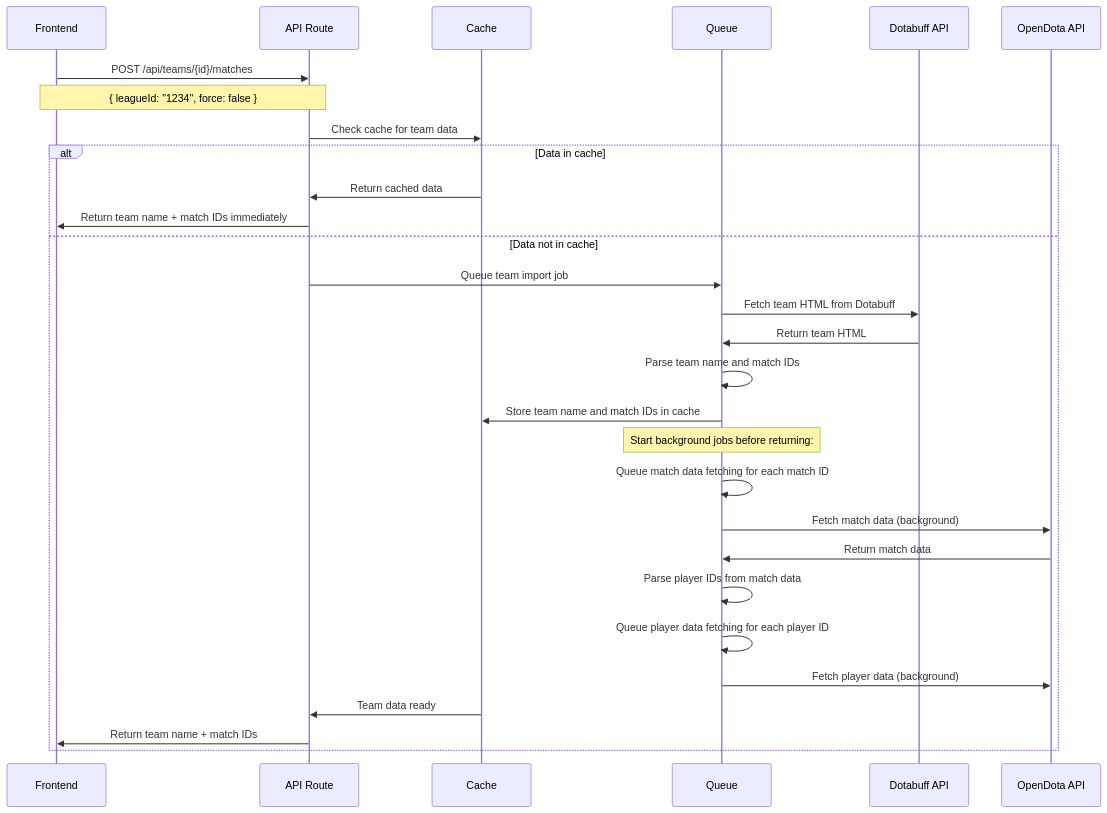
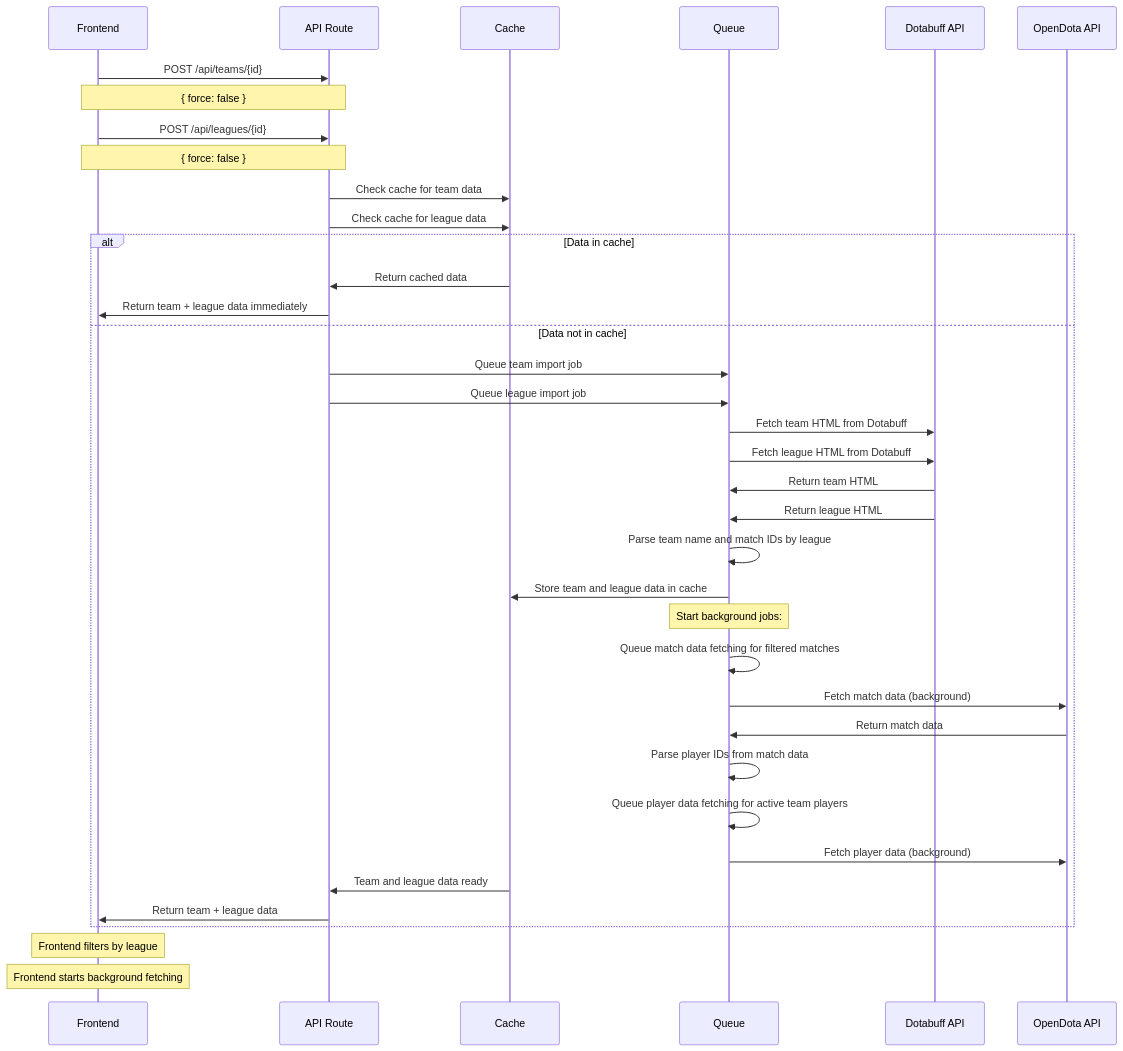
The second of 4 diagrams in docs/architecture.md (szarroug3/dota-data), drawn with Mermaid before and after one commit. The commit also changed other lines of this file and 341 other files, not shown here.

````diff
--- a/docs/architecture.md
+++ b/docs/architecture.md
@@ -81,36 +107,46 @@
 ```mermaid
 sequenceDiagram
     participant F as Frontend
     participant A as API Route
     participant C as Cache
     participant Q as Queue
     participant D as Dotabuff API
     participant O as OpenDota API
     
-    F->>A: POST /api/teams/{id}/matches
-    Note over F,A: { leagueId: "1234", force: false }
+    F->>A: POST /api/teams/{id}
+    Note over F,A: { force: false }
+    
+    F->>A: POST /api/leagues/{id}
+    Note over F,A: { force: false }
     
     A->>C: Check cache for team data
+    A->>C: Check cache for league data
     
     alt Data in cache
         C->>A: Return cached data
-        A->>F: Return team name + match IDs immediately
+        A->>F: Return team + league data immediately
     else Data not in cache
         A->>Q: Queue team import job
+        A->>Q: Queue league import job
         Q->>D: Fetch team HTML from Dotabuff
+        Q->>D: Fetch league HTML from Dotabuff
         D->>Q: Return team HTML
-        Q->>Q: Parse team name and match IDs
-        Q->>C: Store team name and match IDs in cache
+        D->>Q: Return league HTML
+        Q->>Q: Parse team name and match IDs by league
+        Q->>C: Store team and league data in cache
         
-        Note over Q: Start background jobs before returning:
-        Q->>Q: Queue match data fetching for each match ID
+        Note over Q: Start background jobs:
+        Q->>Q: Queue match data fetching for filtered matches
         Q->>O: Fetch match data (background)
         O->>Q: Return match data
         Q->>Q: Parse player IDs from match data
-        Q->>Q: Queue player data fetching for each player ID
+        Q->>Q: Queue player data fetching for active team players
         Q->>O: Fetch player data (background)
         
-        C->>A: Team data ready
-        A->>F: Return team name + match IDs
+        C->>A: Team and league data ready
+        A->>F: Return team + league data
     end
+    
+    Note over F: Frontend filters by league
+    Note over F: Frontend starts background fetching
 ```
````
